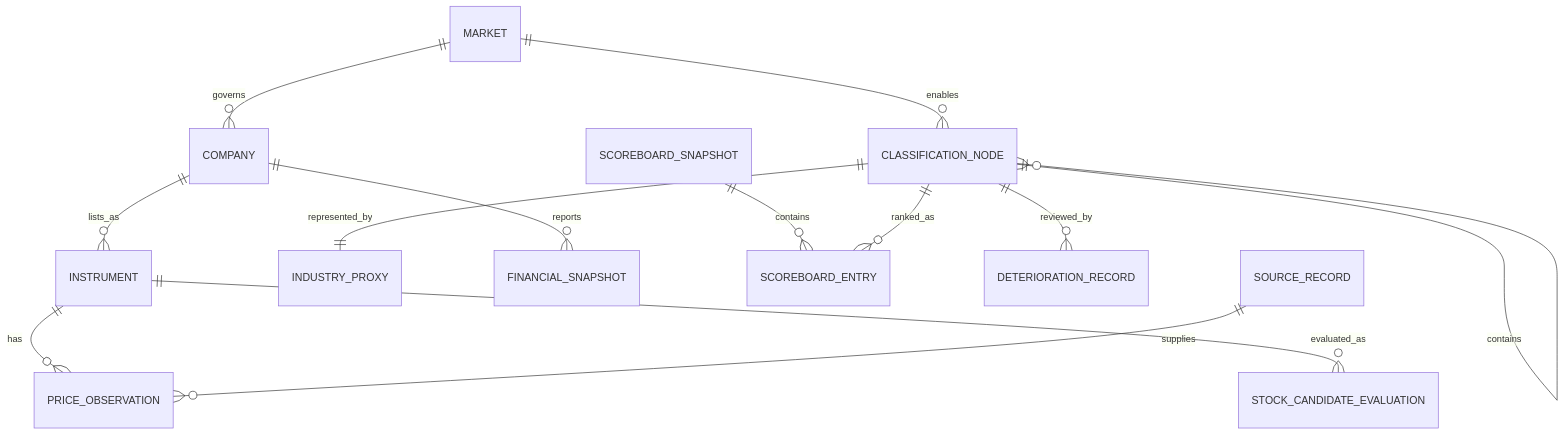
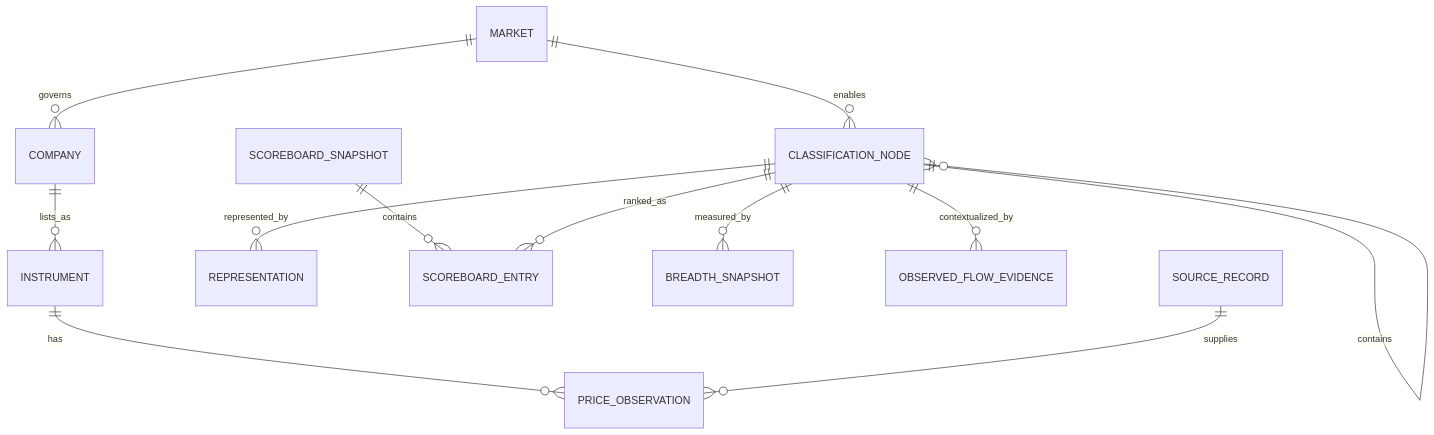
One commit to cempting/stocks-speckit changed the diagram in specs/001-market-leadership-screener/data-model.md. Above: the diagram before and after it, drawn with Mermaid. The commit also changed other lines of this file and 21 other files, not shown here.

````diff
--- a/specs/001-market-leadership-screener/data-model.md
+++ b/specs/001-market-leadership-screener/data-model.md
@@ -189,15 +153,14 @@
 ```mermaid
 erDiagram
     MARKET ||--o{ COMPANY : governs
     MARKET ||--o{ CLASSIFICATION_NODE : enables
     COMPANY ||--o{ INSTRUMENT : lists_as
     CLASSIFICATION_NODE ||--o{ CLASSIFICATION_NODE : contains
-    CLASSIFICATION_NODE ||--|| INDUSTRY_PROXY : represented_by
+    CLASSIFICATION_NODE ||--o{ REPRESENTATION : represented_by
     INSTRUMENT ||--o{ PRICE_OBSERVATION : has
-    COMPANY ||--o{ FINANCIAL_SNAPSHOT : reports
     SCOREBOARD_SNAPSHOT ||--o{ SCOREBOARD_ENTRY : contains
     CLASSIFICATION_NODE ||--o{ SCOREBOARD_ENTRY : ranked_as
-    CLASSIFICATION_NODE ||--o{ DETERIORATION_RECORD : reviewed_by
-    INSTRUMENT ||--o{ STOCK_CANDIDATE_EVALUATION : evaluated_as
+    CLASSIFICATION_NODE ||--o{ BREADTH_SNAPSHOT : measured_by
+    CLASSIFICATION_NODE ||--o{ OBSERVED_FLOW_EVIDENCE : contextualized_by
     SOURCE_RECORD ||--o{ PRICE_OBSERVATION : supplies
 ```
````
